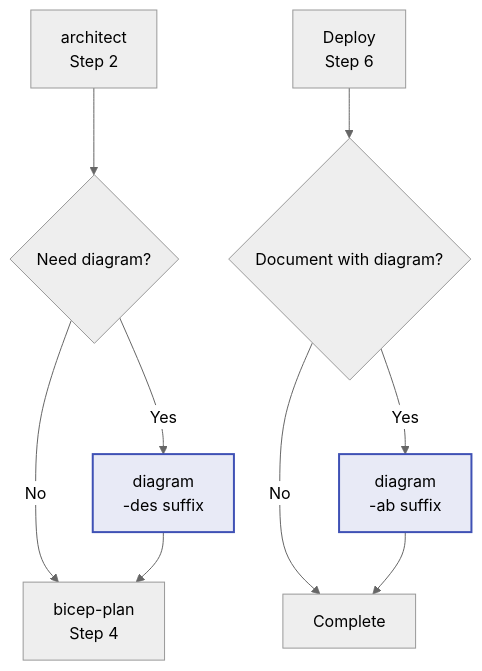
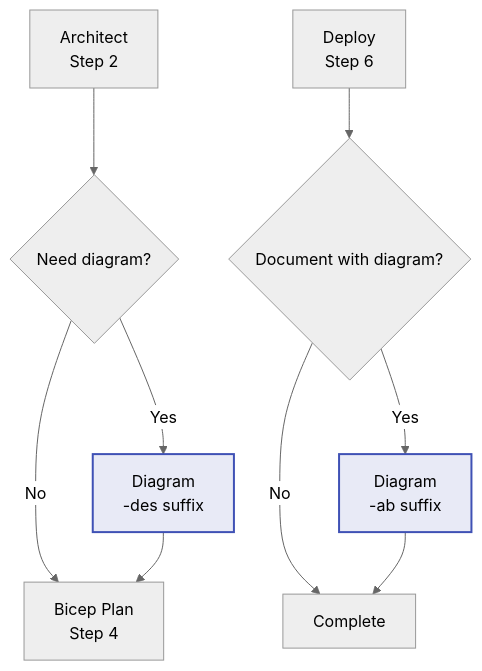
One commit to SmitaCnovate/azure-agentic-infraops changed the diagram in .github/agents/diagram.agent.md. Above: the diagram before and after it, drawn with Mermaid. The commit also changed other lines of this file and 2 other files, not shown here.

````diff
--- a/.github/agents/diagram.agent.md
+++ b/.github/agents/diagram.agent.md
@@ -336,15 +335,15 @@
 ```mermaid
 %%{init: {'theme':'neutral'}}%%
 graph TD
-    A[architect<br/>Step 2] --> D{Need diagram?}
-    D -->|Yes| G[diagram<br/>-des suffix]
-    D -->|No| B[bicep-plan<br/>Step 4]
+    A[Architect<br/>Step 2] --> D{Need diagram?}
+    D -->|Yes| G[Diagram<br/>-des suffix]
+    D -->|No| B[Bicep Plan<br/>Step 4]
     G --> B
     DEP[Deploy<br/>Step 6] --> F{Document with diagram?}
-    F -->|Yes| G2[diagram<br/>-ab suffix]
+    F -->|Yes| G2[Diagram<br/>-ab suffix]
     F -->|No| Done[Complete]
     G2 --> Done
 
     style G fill:#e8eaf6,stroke:#3f51b5,stroke-width:2px
     style G2 fill:#e8eaf6,stroke:#3f51b5,stroke-width:2px
 ```
````
